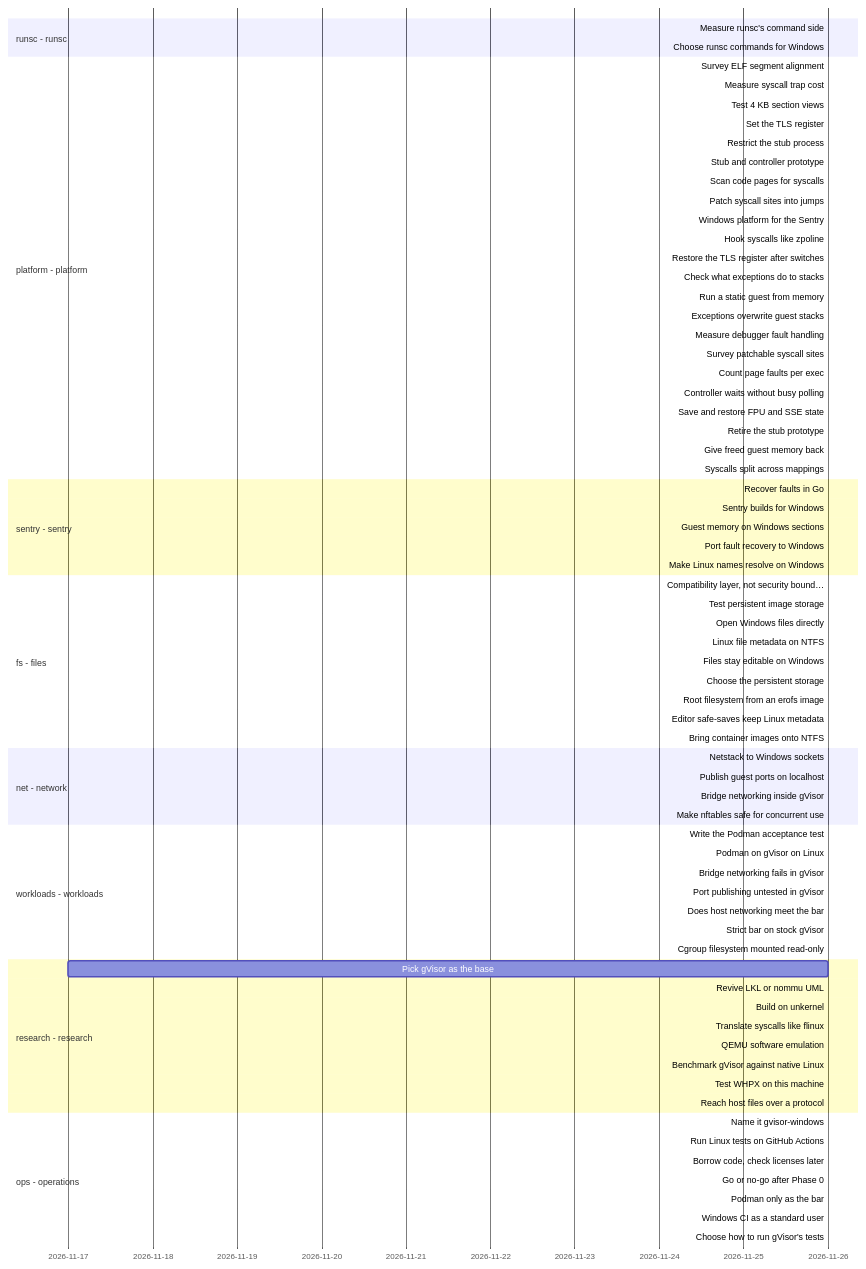
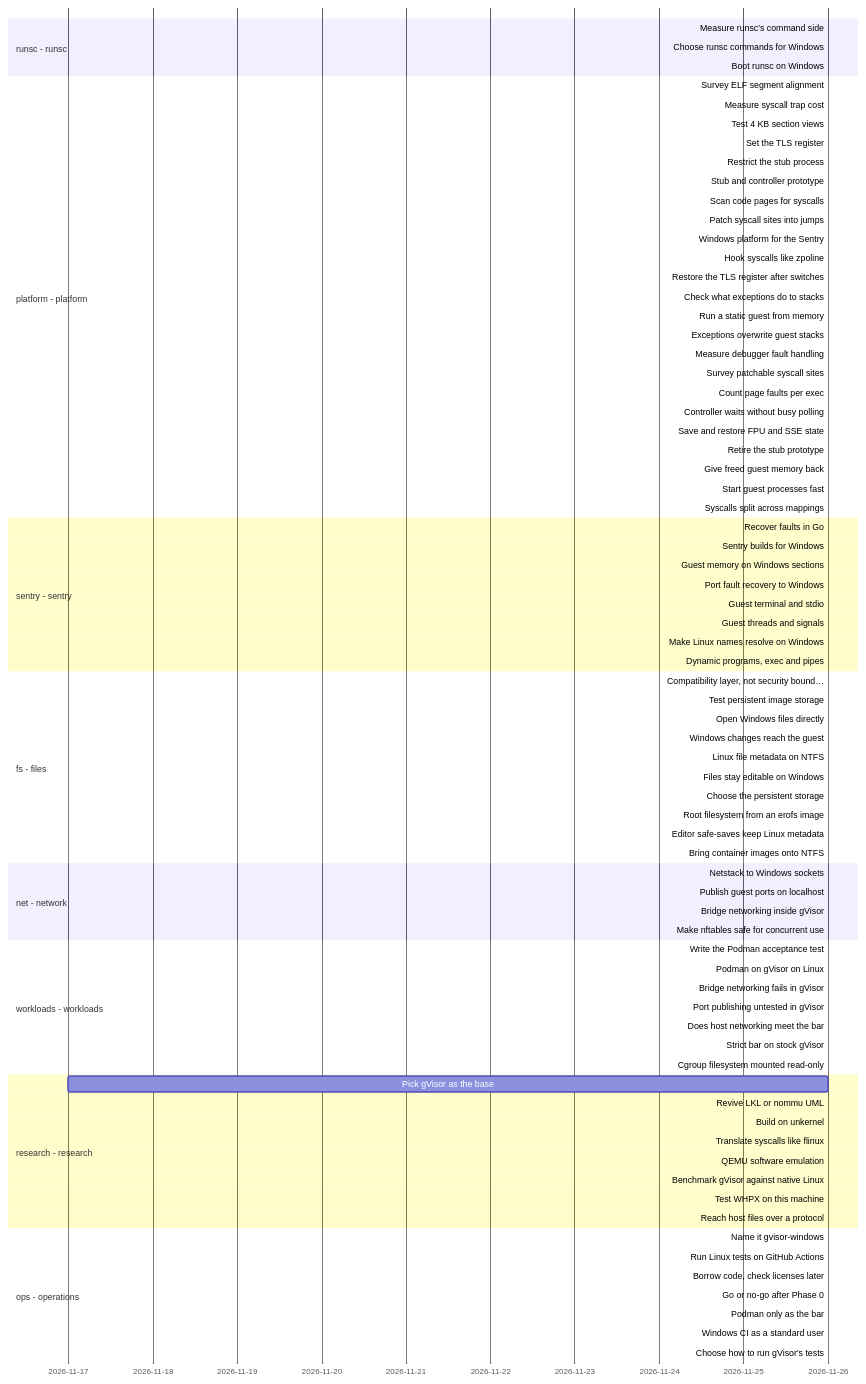
Before and after one commit to lhns/gvisor-windows: the diagram in docs/roadmap/timeline.md, drawn with Mermaid. The commit also changed other lines of this file and 7 other files, not shown here.

Commit message:
Mark the boot, platform, exec and file-system wave in progress

```diff
--- a/docs/roadmap/timeline.md
+++ b/docs/roadmap/timeline.md
@@ -14,6 +14,7 @@
     section runsc - runsc
     Measure runsc's command side :runsc_measure_cli, 2026-11-26, 2026-11-26
     Choose runsc commands for Windows :runsc_windows_commands, 2026-11-26, 2026-11-26
+    Boot runsc on Windows :active, runsc_windows_boot, 2026-11-26, 2026-11-26
     section platform - platform
     Survey ELF segment alignment :platform_elf_alignment_survey, 2026-11-26, 2026-11-26
     Measure syscall trap cost :platform_trap_cost, 2026-11-26, 2026-11-26
@@ -36,22 +37,27 @@
     Save and restore FPU and SSE state :platform_fp_state, 2026-11-26, 2026-11-26
     Retire the stub prototype :platform_retire_prototype, 2026-11-26, 2026-11-26
     Give freed guest memory back :platform_memory_release, 2026-11-26, 2026-11-26
-    Syscalls split across mappings :platform_split_syscall_unpatched, 2026-11-26, 2026-11-26
+    Start guest processes fast :active, platform_fast_process_start, 2026-11-26, 2026-11-26
+    Syscalls split across mappings :active, platform_split_syscall_unpatched, 2026-11-26, 2026-11-26
     section sentry - sentry
     Recover faults in Go :sentry_go_fault_recovery, 2026-11-26, 2026-11-26
     Sentry builds for Windows :sentry_windows_build, 2026-11-26, 2026-11-26
     Guest memory on Windows sections :sentry_memory_file_sections, 2026-11-26, 2026-11-26
     Port fault recovery to Windows :sentry_fault_recovery, 2026-11-26, 2026-11-26
+    Guest terminal and stdio :active, sentry_host_stdio_and_tty, 2026-11-26, 2026-11-26
+    Guest threads and signals :active, sentry_threads_and_signals, 2026-11-26, 2026-11-26
     Make Linux names resolve on Windows :sentry_unix_shim, 2026-11-26, 2026-11-26
+    Dynamic programs, exec and pipes :active, sentry_dynamic_elf_and_exec, 2026-11-26, 2026-11-26
     section fs - files
     Compatibility layer, not security bound… :fs_compat_layer_not_boundary, 2026-11-26, 2026-11-26
     Test persistent image storage :fs_persistent_image_storage, 2026-11-26, 2026-11-26
     Open Windows files directly :fs_windows_directfs, 2026-11-26, 2026-11-26
+    Windows changes reach the guest :active, fs_change_notifications, 2026-11-26, 2026-11-26
     Linux file metadata on NTFS :fs_linux_metadata_on_ntfs, 2026-11-26, 2026-11-26
     Files stay editable on Windows :fs_handles_do_not_block_users, 2026-11-26, 2026-11-26
     Choose the persistent storage :fs_persistent_storage_choice, 2026-11-26, 2026-11-26
-    Root filesystem from an erofs image :fs_root_filesystem_source, 2026-11-26, 2026-11-26
-    Editor safe-saves keep Linux metadata :fs_safe_save_keeps_metadata, 2026-11-26, 2026-11-26
+    Root filesystem from an erofs image :active, fs_root_filesystem_source, 2026-11-26, 2026-11-26
+    Editor safe-saves keep Linux metadata :active, fs_safe_save_keeps_metadata, 2026-11-26, 2026-11-26
     Bring container images onto NTFS :fs_rootfs_import, 2026-11-26, 2026-11-26
     section net - network
     Netstack to Windows sockets :net_netstack_windows_link, 2026-11-26, 2026-11-26
```
